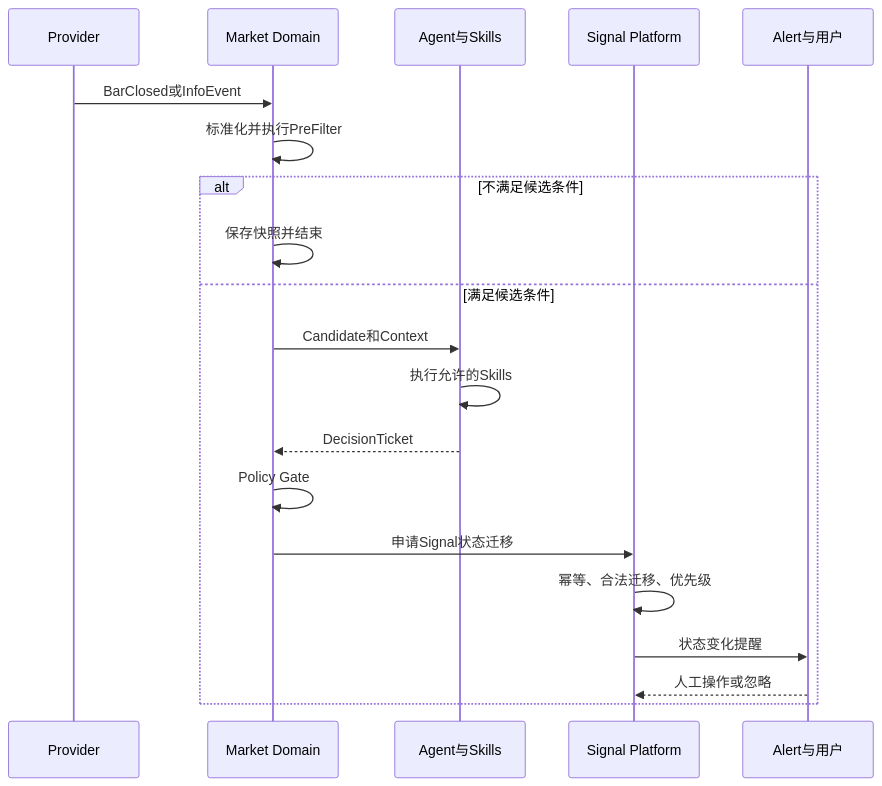
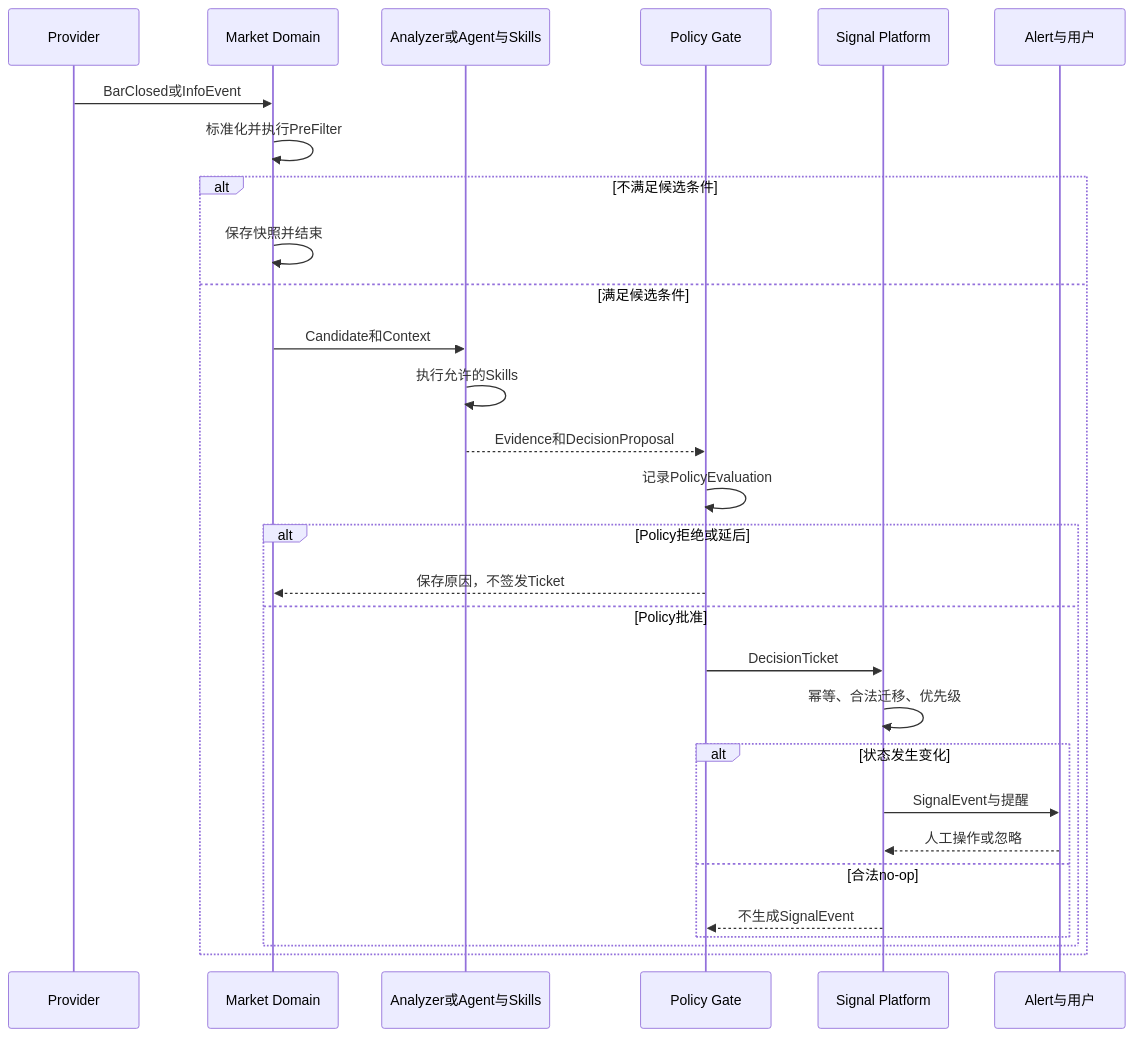
Before and after one commit to Jztice5/Loot: the third of 7 diagrams in docs/architecture/signal-monitoring/signal-monitoring-loop-design-v0.1.md, drawn with Mermaid. The commit also changed other lines of this file and 17 other files, not shown here.

````diff
--- a/docs/architecture/signal-monitoring/signal-monitoring-loop-design-v0.1.md
+++ b/docs/architecture/signal-monitoring/signal-monitoring-loop-design-v0.1.md
@@ -134,23 +140,32 @@
 ```mermaid
 sequenceDiagram
     participant P as Provider
     participant M as Market Domain
-    participant A as Agent与Skills
+    participant A as Analyzer或Agent与Skills
+    participant G as Policy Gate
     participant S as Signal Platform
     participant U as Alert与用户
 
     P->>M: BarClosed或InfoEvent
     M->>M: 标准化并执行PreFilter
     alt 不满足候选条件
         M->>M: 保存快照并结束
     else 满足候选条件
         M->>A: Candidate和Context
         A->>A: 执行允许的Skills
-        A-->>M: DecisionTicket
-        M->>M: Policy Gate
-        M->>S: 申请Signal状态迁移
-        S->>S: 幂等、合法迁移、优先级
-        S->>U: 状态变化提醒
-        U-->>S: 人工操作或忽略
+        A-->>G: Evidence和DecisionProposal
+        G->>G: 记录PolicyEvaluation
+        alt Policy拒绝或延后
+            G-->>M: 保存原因，不签发Ticket
+        else Policy批准
+            G->>S: DecisionTicket
+            S->>S: 幂等、合法迁移、优先级
+            alt 状态发生变化
+                S->>U: SignalEvent与提醒
+                U-->>S: 人工操作或忽略
+            else 合法no-op
+                S-->>G: 不生成SignalEvent
+            end
+        end
     end
 ```
````
